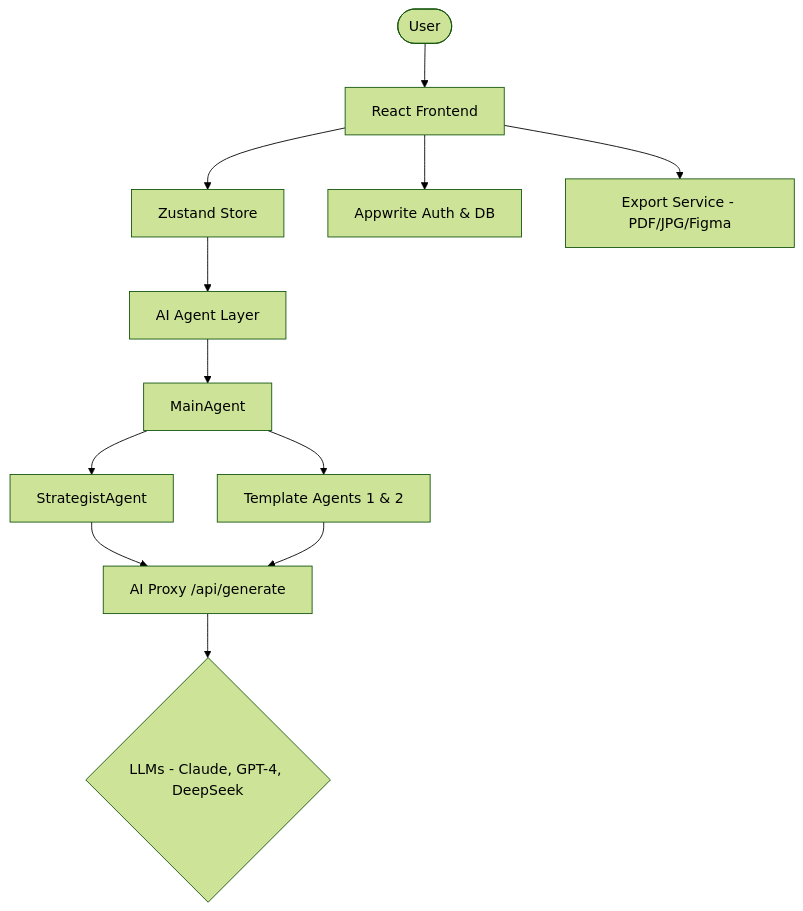
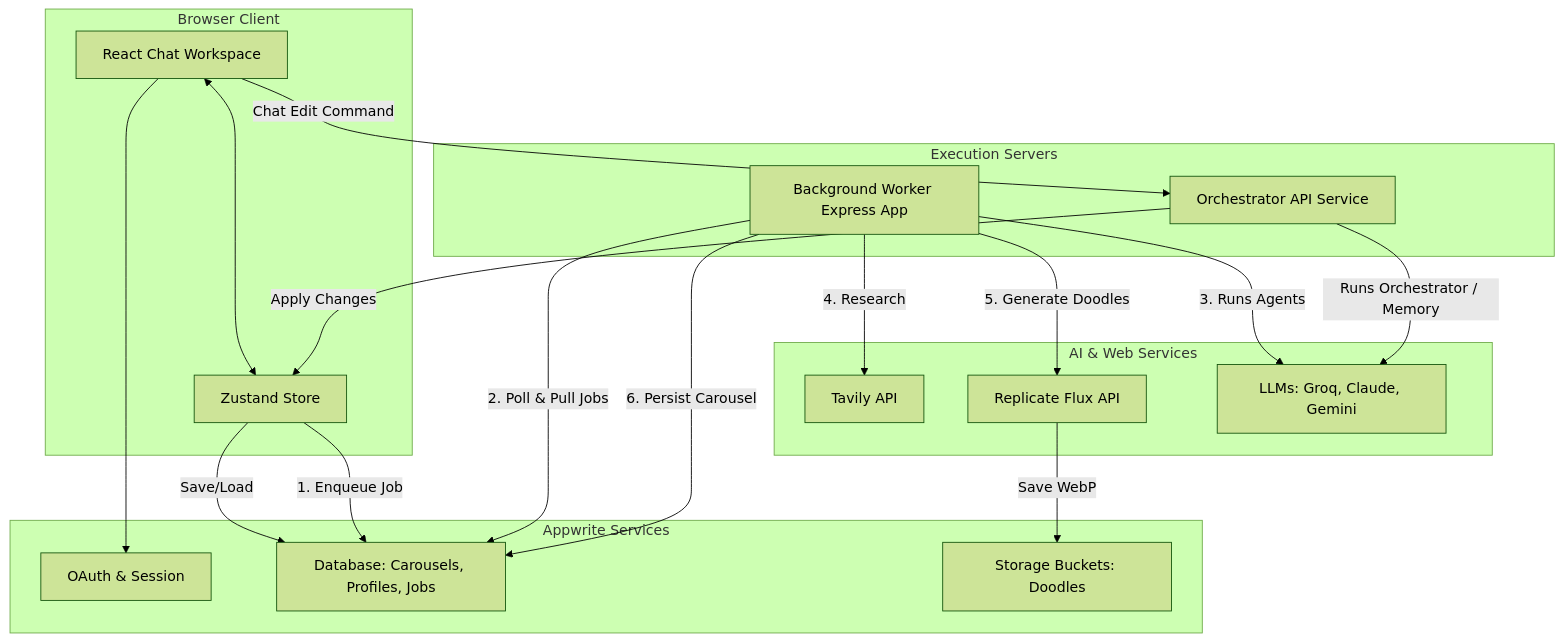
One commit to ali050786/agentic-car changed the diagram in ARCHITECTURE.md. Above: the diagram before and after it, drawn with Mermaid (forest theme). The commit also changed other lines of this file and 22 other files, not shown here.

````diff
--- a/ARCHITECTURE.md
+++ b/ARCHITECTURE.md
@@ -19,18 +26,42 @@
 ```mermaid
 graph TD
-    User([User]) --> Frontend[React Frontend]
-    Frontend --> Store[Zustand Store]
-    Store --> AgentLayer[AI Agent Layer]
-    AgentLayer --> MainAgent[MainAgent]
+    subgraph Client [Browser Client]
+        UI[React Chat Workspace] <--> Store[Zustand Store]
+    end
+
+    subgraph BaaS [Appwrite Services]
+        Auth[OAuth & Session]
+        DB[Database: Carousels, Profiles, Jobs]
+        Storage[Storage Buckets: Doodles]
+    end
+
+    subgraph Services [Execution Servers]
+        Worker[Background Worker Express App]
+        OrchestratorAPI[Orchestrator API Service]
+    end
+
+    subgraph External [AI & Web Services]
+        Tavily[Tavily API]
+        Replicate[Replicate Flux API]
+        LLM[LLMs: Groq, Claude, Gemini]
+    end
+
+    UI --> Auth
+    Store -- Save/Load --> DB
     
-    MainAgent --> StrategistAgent[StrategistAgent]
-    MainAgent --> TemplateAgents[Template Agents 1 & 2]
+    %% Creation pipeline enqueues job
+    Store -- 1. Enqueue Job --> DB
+    Worker -- 2. Poll & Pull Jobs --> DB
     
-    StrategistAgent --> AIProxy[AI Proxy /api/generate]
-    TemplateAgents --> AIProxy
-    
-    AIProxy --> LLMs{LLMs - Claude, GPT-4, DeepSeek}
-    
-    Frontend --> Appwrite[Appwrite Auth & DB]
-    Frontend --> Export[Export Service - PDF/JPG/Figma]
+    %% Worker executes agents
+    Worker -- 3. Runs Agents --> LLM
+    Worker -- 4. Research --> Tavily
+    Worker -- 5. Generate Doodles --> Replicate
+    Replicate -- Save WebP --> Storage
+    Worker -- 6. Persist Carousel --> DB
+
+    %% Conversational editor actions
+    UI -- Chat Edit Command --> OrchestratorAPI
+    OrchestratorAPI -- Runs Orchestrator / Memory --> LLM
+    OrchestratorAPI -- Apply Changes --> Store
 ```
````
